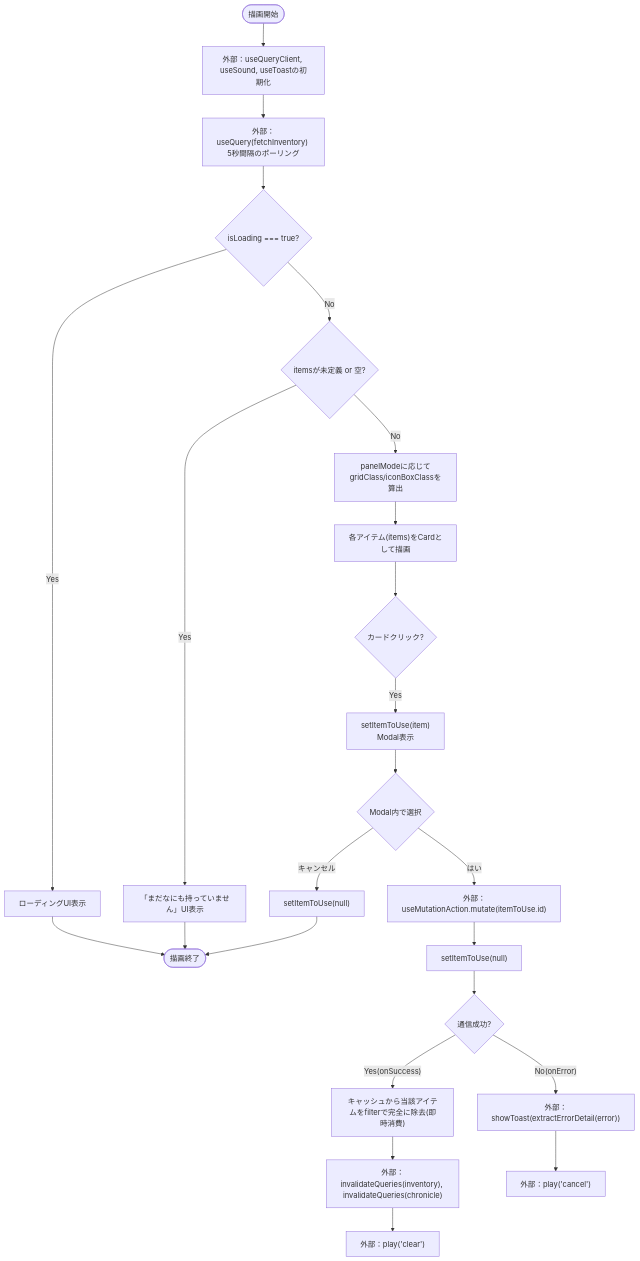
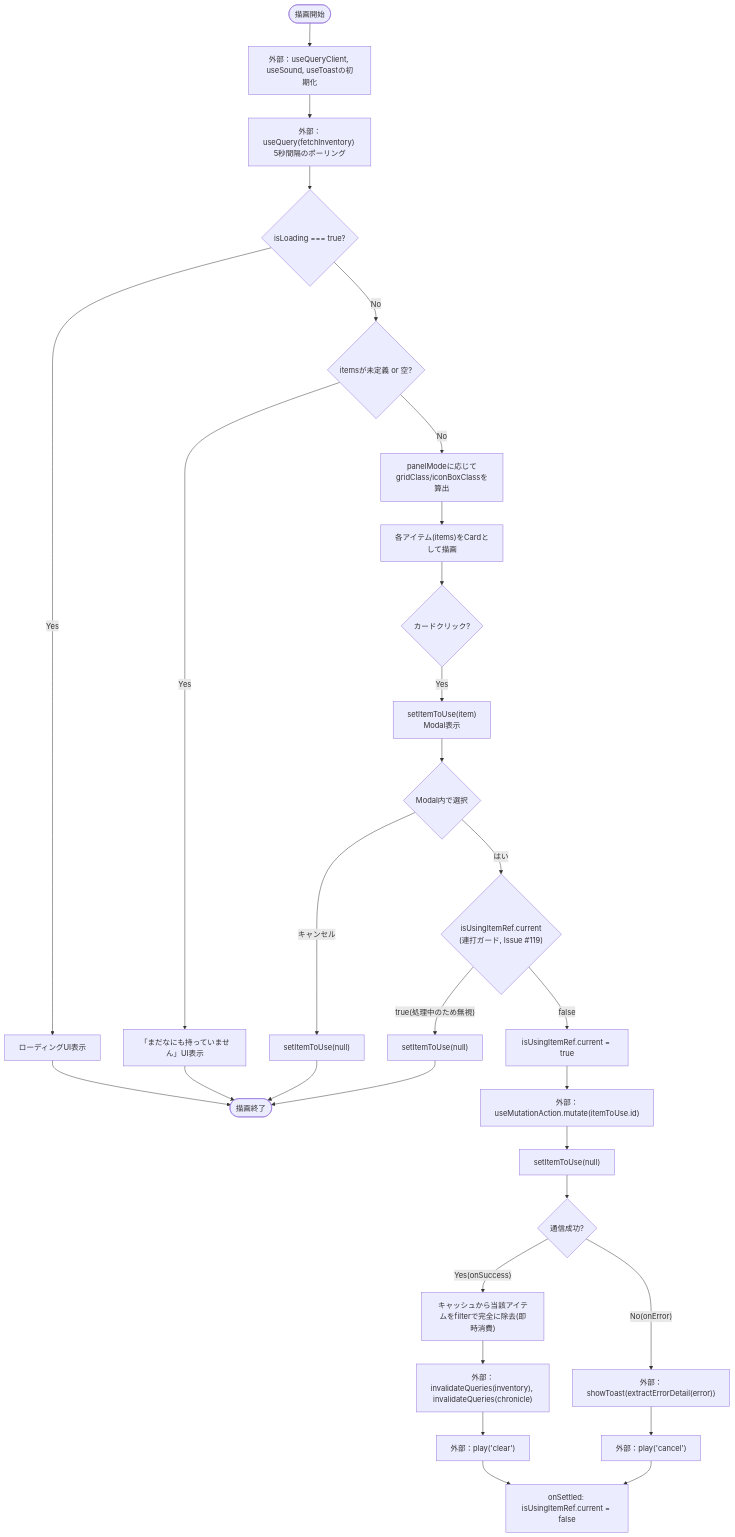
The first of 2 diagrams in docs/specifications/family-quest/src/features/shop/components/InventoryList.md (mmtigers/my_python_project), drawn with Mermaid before and after one commit. The commit also changed other lines of this file and 3 other files, not shown here.

````diff
--- a/docs/specifications/family-quest/src/features/shop/components/InventoryList.md
+++ b/docs/specifications/family-quest/src/features/shop/components/InventoryList.md
@@ -111,27 +117,31 @@
 ```mermaid
 flowchart TD
     Start([描画開始]) --> Init["外部：useQueryClient, useSound, useToastの初期化"]
     Init --> Query["外部：useQuery(fetchInventory) \n5秒間隔のポーリング"]
     Query --> CheckLoading{"isLoading === true?"}
 
     CheckLoading -- Yes --> RenderLoading["ローディングUI表示"] --> End([描画終了])
     CheckLoading -- No --> CheckEmpty{"itemsが未定義 or 空?"}
 
     CheckEmpty -- Yes --> RenderEmpty["「まだなにも持っていません」UI表示"] --> End
     CheckEmpty -- No --> CalcLayout["panelModeに応じてgridClass/iconBoxClassを算出"]
     CalcLayout --> MapItems["各アイテム(items)をCardとして描画"]
 
     MapItems --> CardClick{"カードクリック?"}
     CardClick -- Yes --> SetItemToUse["setItemToUse(item)\nModal表示"]
     SetItemToUse --> ModalChoice{"Modal内で選択"}
     ModalChoice -- "キャンセル" --> CloseModal["setItemToUse(null)"] --> End
-    ModalChoice -- "はい" --> MutateUse["外部：useMutationAction.mutate(itemToUse.id)"]
-    MutateUse --> CloseModal2["setItemToUse(null)"]
-    CloseModal2 --> UseResult{"通信成功?"}
+    ModalChoice -- "はい" --> GuardCheck{"isUsingItemRef.current<br>(連打ガード, Issue #119)"}
+    GuardCheck -- true(処理中のため無視) --> CloseModal2["setItemToUse(null)"] --> End
+    GuardCheck -- false --> SetGuard["isUsingItemRef.current = true"] --> MutateUse["外部：useMutationAction.mutate(itemToUse.id)"]
+    MutateUse --> CloseModal3["setItemToUse(null)"]
+    CloseModal3 --> UseResult{"通信成功?"}
     UseResult -- Yes(onSuccess) --> RemoveFromCache["キャッシュから当該アイテムをfilterで完全に除去(即時消費)"]
     RemoveFromCache --> InvalidateUse["外部：invalidateQueries(inventory), invalidateQueries(chronicle)"]
     InvalidateUse --> PlayClear["外部：play('clear')"]
     UseResult -- No(onError) --> ShowToastUse["外部：showToast(extractErrorDetail(error))"]
     ShowToastUse --> PlayCancelOnError["外部：play('cancel')"]
+    PlayClear --> ResetGuard["onSettled: isUsingItemRef.current = false"]
+    PlayCancelOnError --> ResetGuard
 
 ```
````
